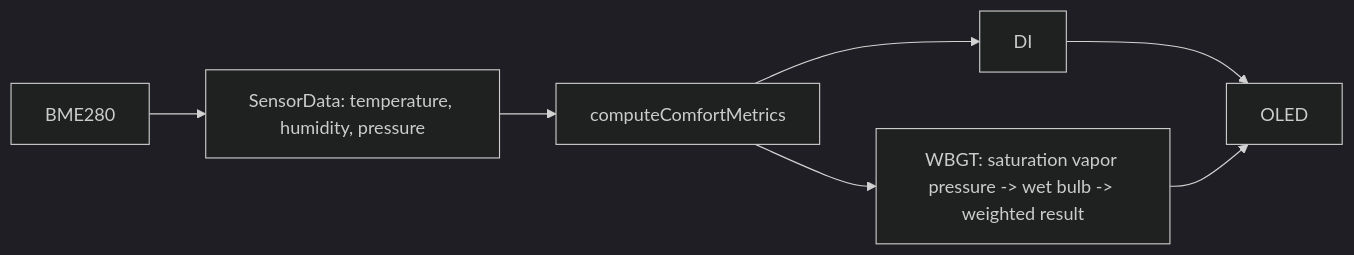
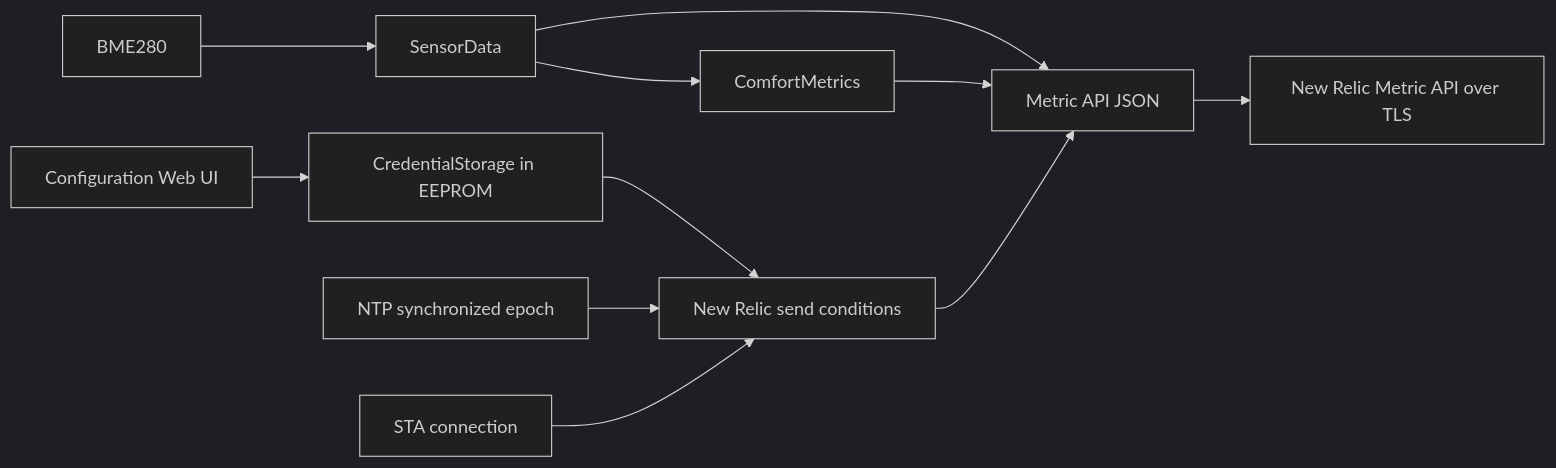
Before and after one commit to tkumata/climate-monitor: the diagram in docs/DESIGN.md, drawn with Mermaid (dark theme). The commit also changed other lines of this file and 7 other files, not shown here.

First line of the commit message:
feat: New Relic Metric API へのデータ送信機能を追加

````diff
--- a/docs/DESIGN.md
+++ b/docs/DESIGN.md
@@ -5,9 +5,13 @@
 ```mermaid
 flowchart LR
-  BME280["BME280"] --> S["SensorData: temperature, humidity, pressure"]
-  S --> M["computeComfortMetrics"]
-  M --> DI["DI"]
-  M --> WBGT["WBGT: saturation vapor pressure -> wet bulb -> weighted result"]
-  DI --> OLED["OLED"]
-  WBGT --> OLED
+  WEB["Configuration Web UI"] --> STORE["CredentialStorage in EEPROM"]
+  STORE --> GATE["New Relic send conditions"]
+  BME["BME280"] --> DATA["SensorData"]
+  DATA --> METRICS["ComfortMetrics"]
+  DATA --> PAYLOAD["Metric API JSON"]
+  METRICS --> PAYLOAD
+  NTP["NTP synchronized epoch"] --> GATE
+  WIFI["STA connection"] --> GATE
+  GATE --> PAYLOAD
+  PAYLOAD --> NR["New Relic Metric API over TLS"]
 ```
````
